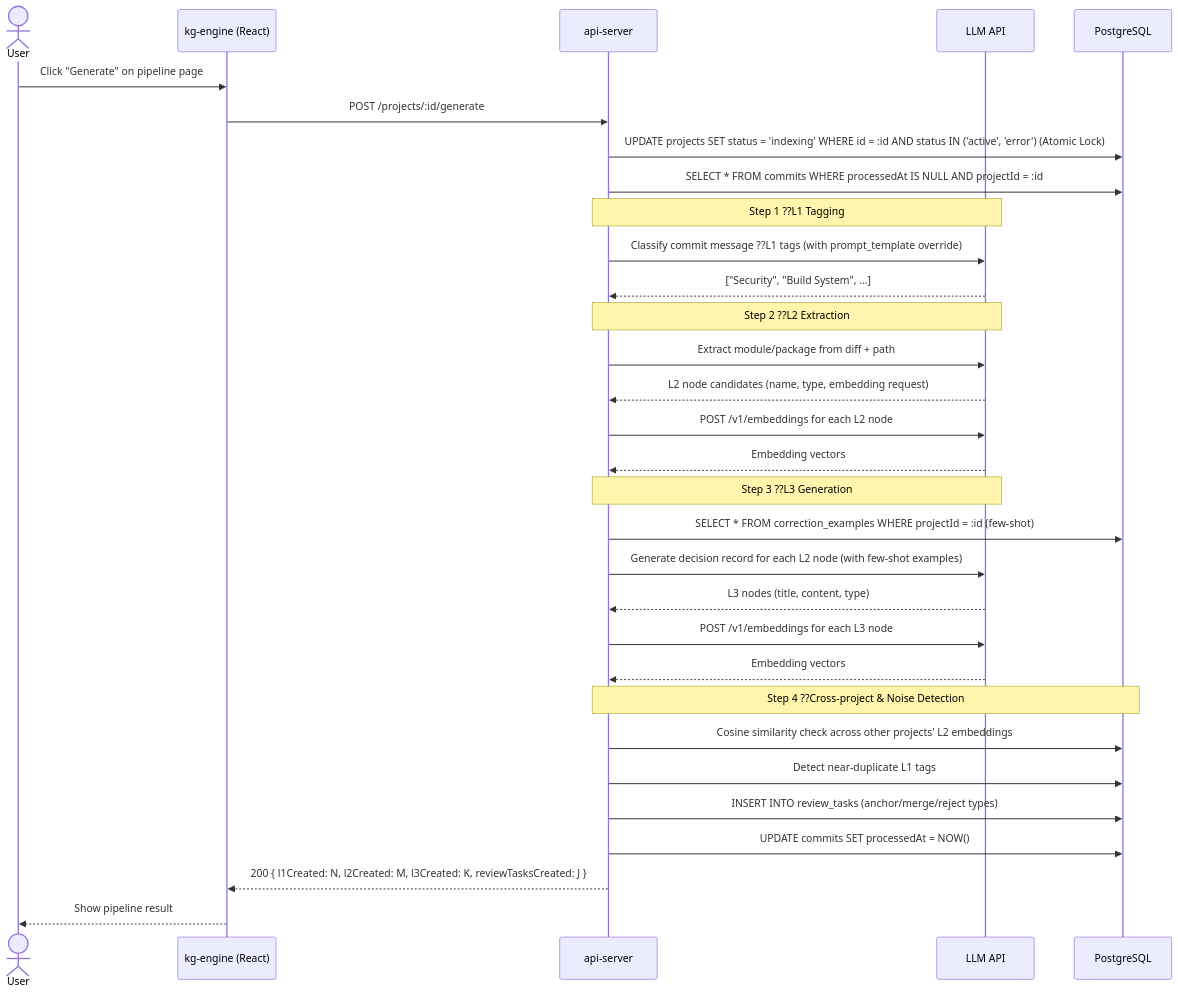
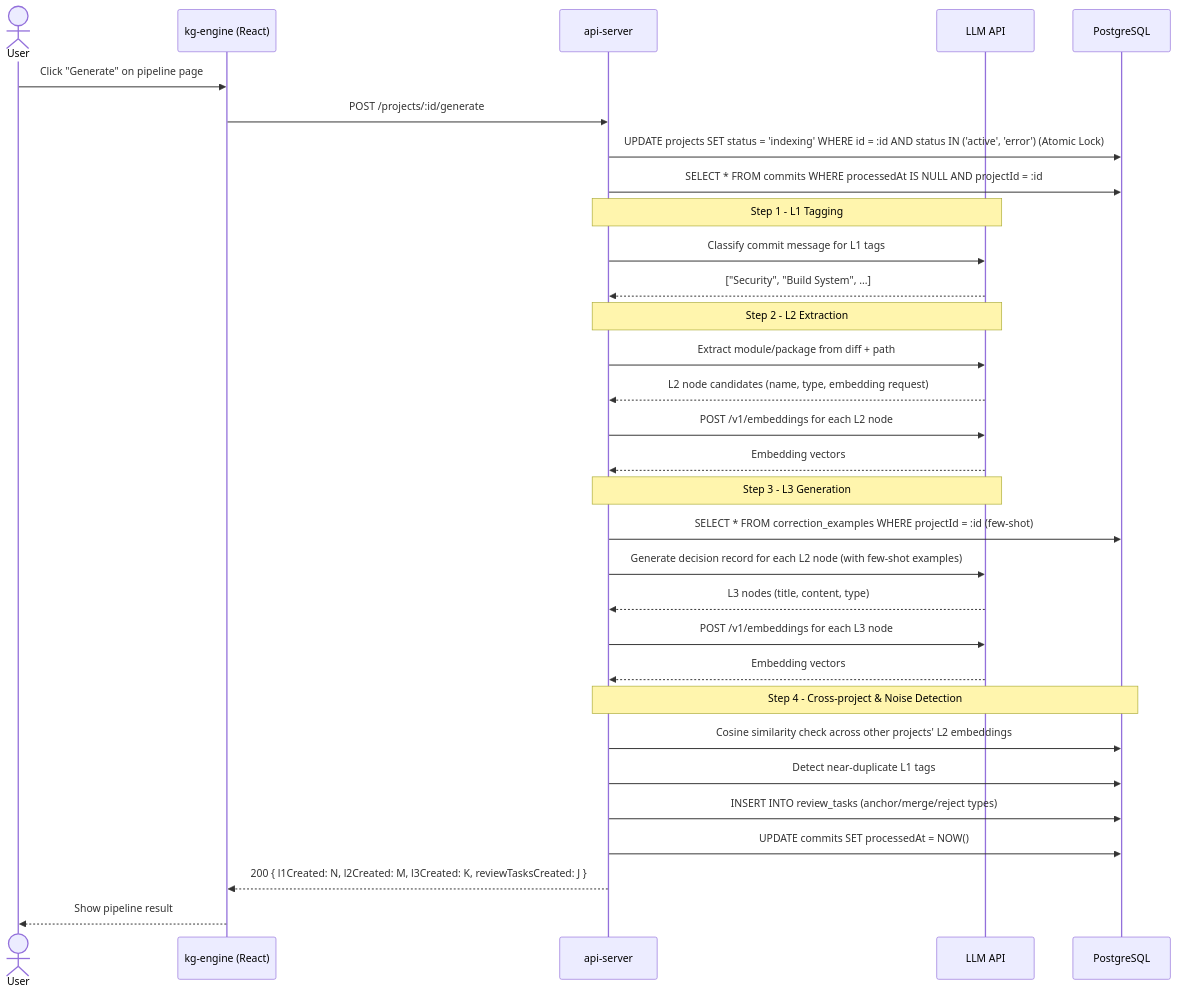
One commit to dyphn1/Docuvia changed the second of 7 diagrams in docs/design/06-runtime-scenarios.md. Above: the diagram before and after it, drawn with Mermaid. The commit also changed other lines of this file, not shown here.

Commit message:
docs(architecture): fix Mermaid syntax errors and artifacts (??) in 06-runtime-scenarios

````diff
--- a/docs/design/06-runtime-scenarios.md
+++ b/docs/design/06-runtime-scenarios.md
@@ -36,39 +36,39 @@
 ```mermaid
 sequenceDiagram
     actor User
     participant FE as kg-engine (React)
     participant API as api-server
     participant LLM as LLM API
     participant DB as PostgreSQL
 
     User->>FE: Click "Generate" on pipeline page
     FE->>API: POST /projects/:id/generate
     API->>DB: UPDATE projects SET status = 'indexing' WHERE id = :id AND status IN ('active', 'error') (Atomic Lock)
     API->>DB: SELECT * FROM commits WHERE processedAt IS NULL AND projectId = :id
 
-    Note over API,LLM: Step 1 ??L1 Tagging
-    API->>LLM: Classify commit message ??L1 tags (with prompt_template override)
+    Note over API,LLM: Step 1 - L1 Tagging
+    API->>LLM: Classify commit message for L1 tags
     LLM-->>API: ["Security", "Build System", ...]
 
-    Note over API,LLM: Step 2 ??L2 Extraction
+    Note over API,LLM: Step 2 - L2 Extraction
     API->>LLM: Extract module/package from diff + path
     LLM-->>API: L2 node candidates (name, type, embedding request)
     API->>LLM: POST /v1/embeddings for each L2 node
     LLM-->>API: Embedding vectors
 
-    Note over API,LLM: Step 3 ??L3 Generation
+    Note over API,LLM: Step 3 - L3 Generation
     API->>DB: SELECT * FROM correction_examples WHERE projectId = :id (few-shot)
     API->>LLM: Generate decision record for each L2 node (with few-shot examples)
     LLM-->>API: L3 nodes (title, content, type)
     API->>LLM: POST /v1/embeddings for each L3 node
     LLM-->>API: Embedding vectors
 
-    Note over API,DB: Step 4 ??Cross-project & Noise Detection
+    Note over API,DB: Step 4 - Cross-project & Noise Detection
     API->>DB: Cosine similarity check across other projects' L2 embeddings
     API->>DB: Detect near-duplicate L1 tags
     API->>DB: INSERT INTO review_tasks (anchor/merge/reject types)
     API->>DB: UPDATE commits SET processedAt = NOW()
 
     API-->>FE: 200 { l1Created: N, l2Created: M, l3Created: K, reviewTasksCreated: J }
     FE-->>User: Show pipeline result
 ```
````
